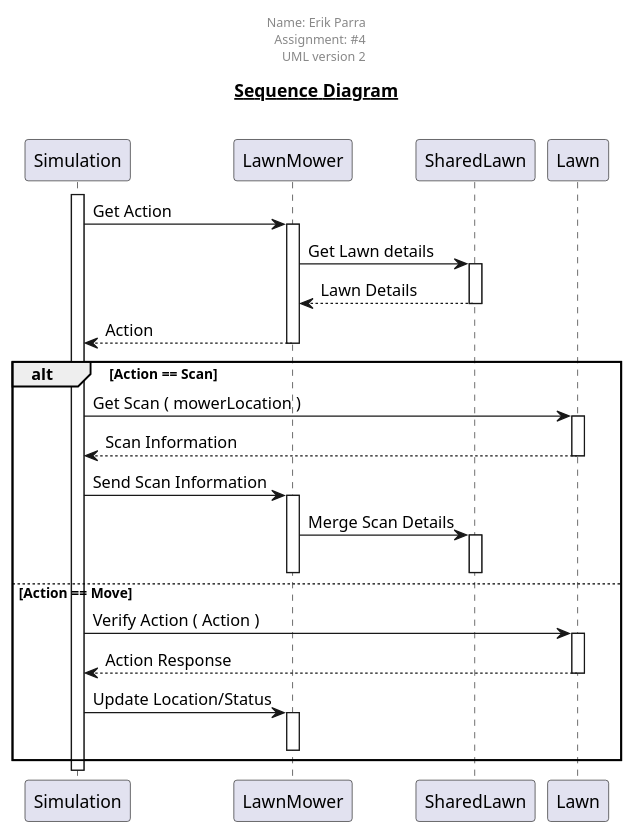
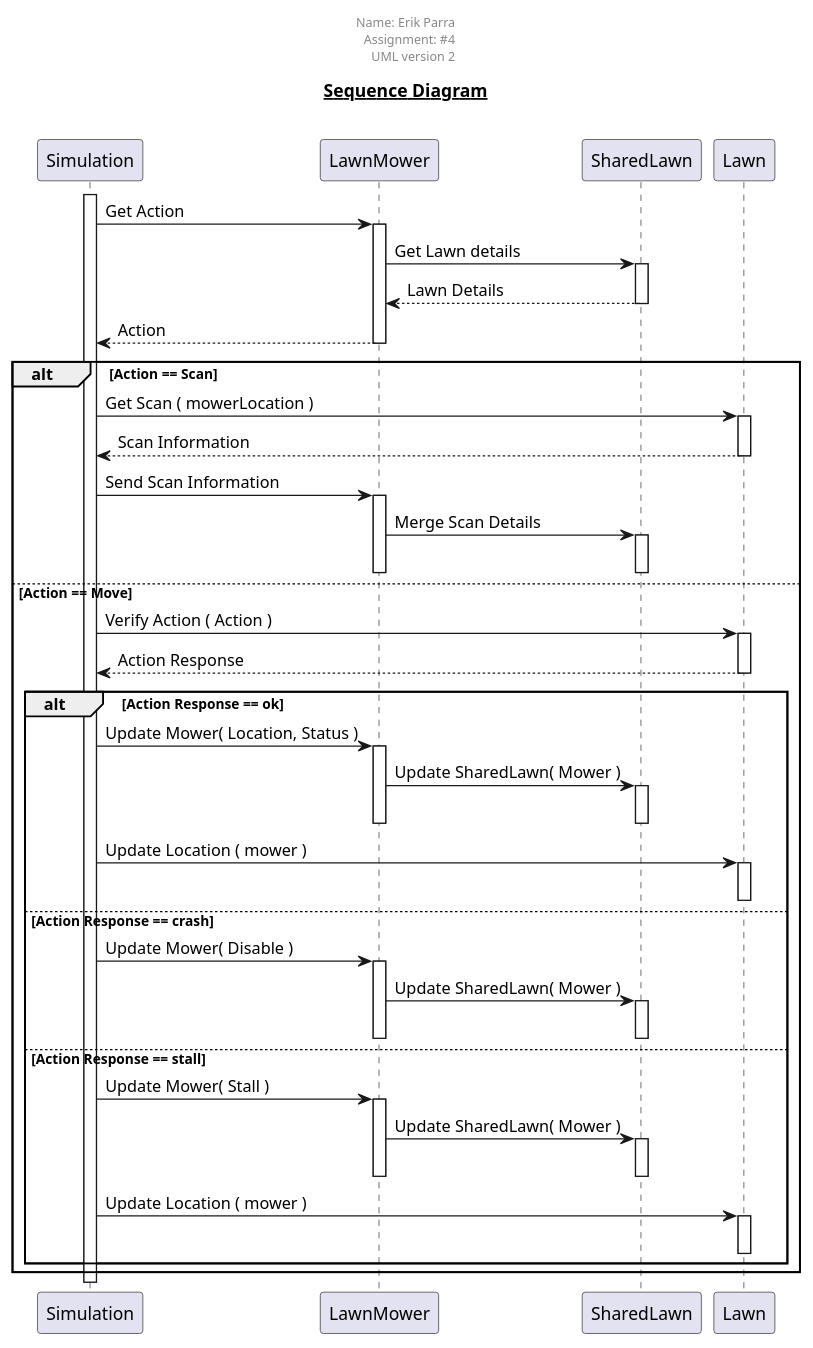
The diagram in sequence.plantuml (erikparra/osmowsis), drawn with PlantUML before and after one commit. The commit also changed 1 other file, not shown here.

Commit message:
Updated uml and sequence diagrams

```diff
--- a/sequence.plantuml
+++ b/sequence.plantuml
@@ -1,47 +1,73 @@
 @startuml
 
 skinparam classAttributeIconSize 0
 'hide circle
 
 title __Sequence Diagram__\n
 
 center header
 Name: Erik Parra
 Assignment: #4
 UML version 2
 end header
 
 
 
 activate Simulation
 Simulation -> LawnMower: Get Action
 activate LawnMower
 LawnMower -> SharedLawn : Get Lawn details
 activate SharedLawn
 SharedLawn --> LawnMower : Lawn Details
 deactivate SharedLawn
 LawnMower --> Simulation: Action
 deactivate LawnMower
 
 alt Action == Scan
     Simulation -> Lawn : Get Scan ( mowerLocation )
     activate Lawn
     Lawn --> Simulation : Scan Information
     deactivate Lawn
     Simulation -> LawnMower : Send Scan Information
     activate LawnMower
     LawnMower -> SharedLawn : Merge Scan Details
     activate SharedLawn
     deactivate SharedLawn
     deactivate LawnMower
 else Action == Move
     Simulation -> Lawn : Verify Action ( Action )
     activate Lawn
     Lawn --> Simulation : Action Response
     deactivate Lawn
-    Simulation -> LawnMower : Update Location/Status
-    activate LawnMower
-    deactivate LawnMower
+
+    alt Action Response == ok
+        Simulation -> LawnMower : Update Mower( Location, Status )
+        activate LawnMower
+        LawnMower -> SharedLawn : Update SharedLawn( Mower )
+        activate SharedLawn
+        deactivate SharedLawn
+        deactivate LawnMower
+        Simulation -> Lawn : Update Location ( mower )
+        activate Lawn
+        deactivate Lawn
+    else Action Response == crash
+        Simulation -> LawnMower : Update Mower( Disable )
+        activate LawnMower
+        LawnMower -> SharedLawn : Update SharedLawn( Mower )
+        activate SharedLawn
+        deactivate SharedLawn
+        deactivate LawnMower
+    else Action Response == stall
+        Simulation -> LawnMower : Update Mower( Stall )
+        activate LawnMower
+        LawnMower -> SharedLawn : Update SharedLawn( Mower )
+        activate SharedLawn
+        deactivate SharedLawn
+        deactivate LawnMower
+        Simulation -> Lawn : Update Location ( mower )
+        activate Lawn
+        deactivate Lawn
+    end
 end
 
 @enduml
```
